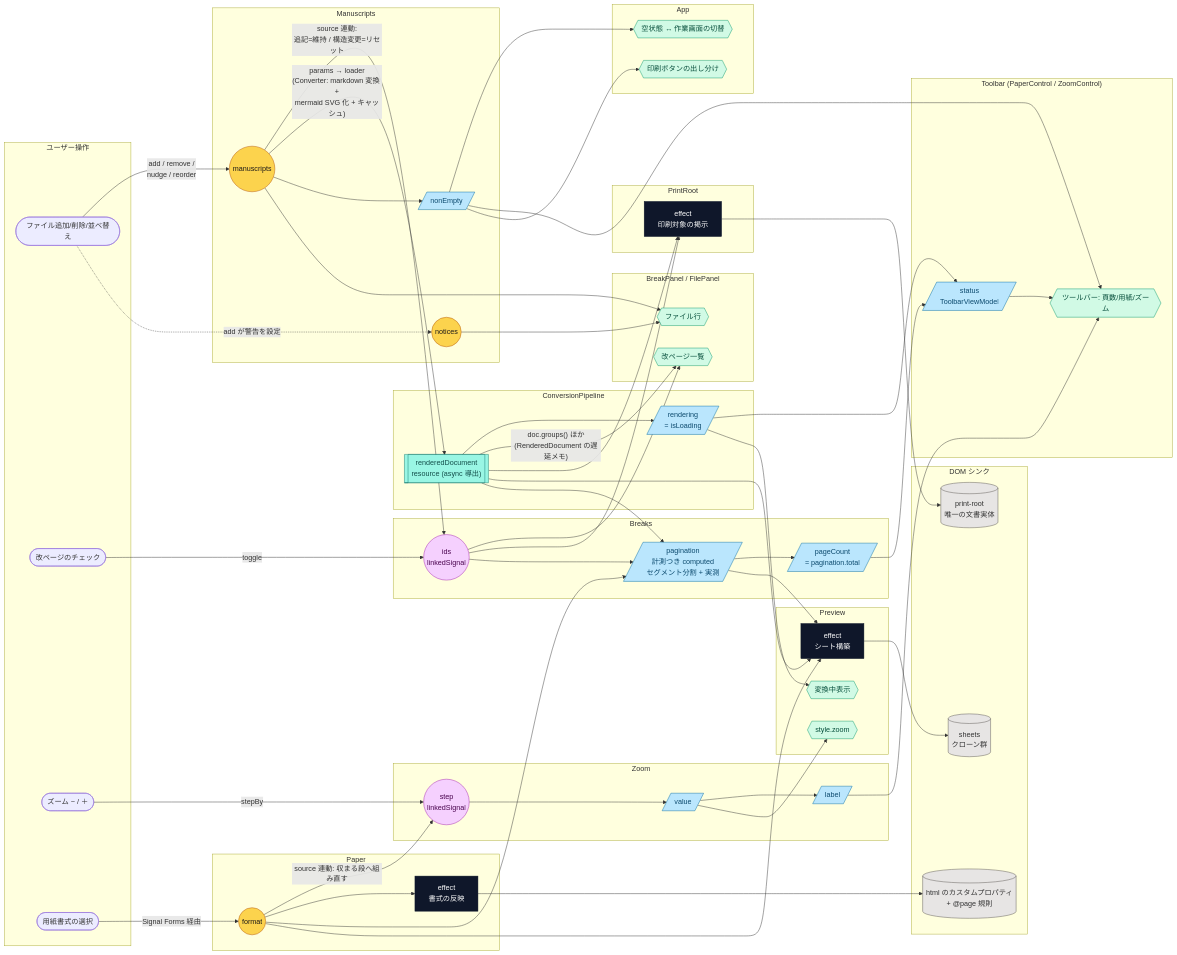
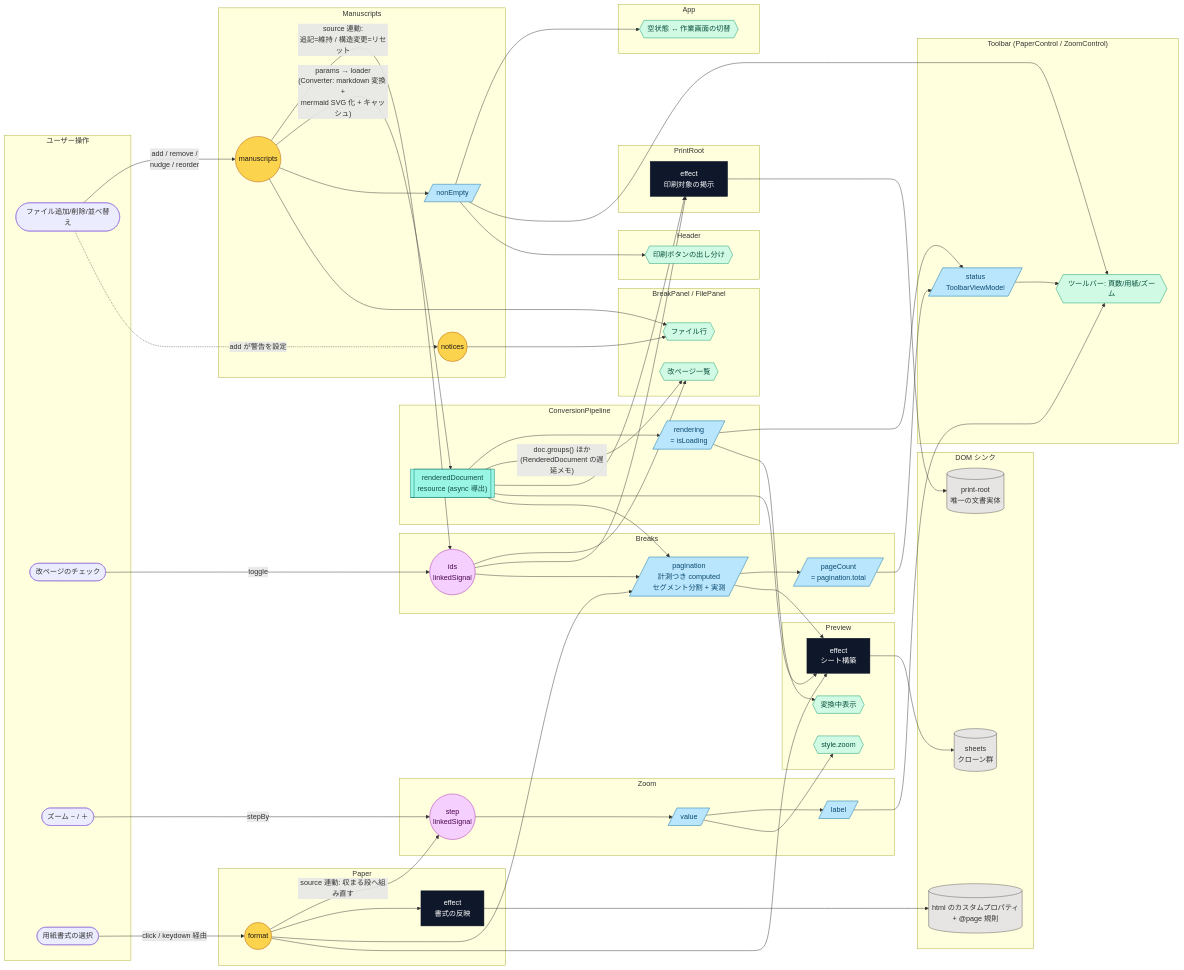
One commit to lacolaco/printmd changed the diagram in docs/signal-graph.md. Above: the diagram before and after it, drawn with Mermaid. The commit also changed other lines of this file and 8 other files, not shown here.

```diff
--- a/docs/signal-graph.md
+++ b/docs/signal-graph.md
@@ -56,6 +56,9 @@
 
   subgraph AppC["App"]
     T2{{空状態 ↔ 作業画面の切替}}
+  end
+
+  subgraph HeaderC["Header"]
     T7{{印刷ボタンの出し分け}}
   end
 
@@ -84,7 +87,7 @@
   S1 -- "source 連動:<br/>追記=維持 / 構造変更=リセット" --> S2
   A2 -- toggle --> S2
   A3 -- stepBy --> V1
-  A4 -- "Signal Forms 経由" --> S6
+  A4 -- "click / keydown 経由" --> S6
   S6 -- "source 連動: 収まる段へ組み直す" --> V1
   S6 --> AE2
   AE2 --> D3
```
